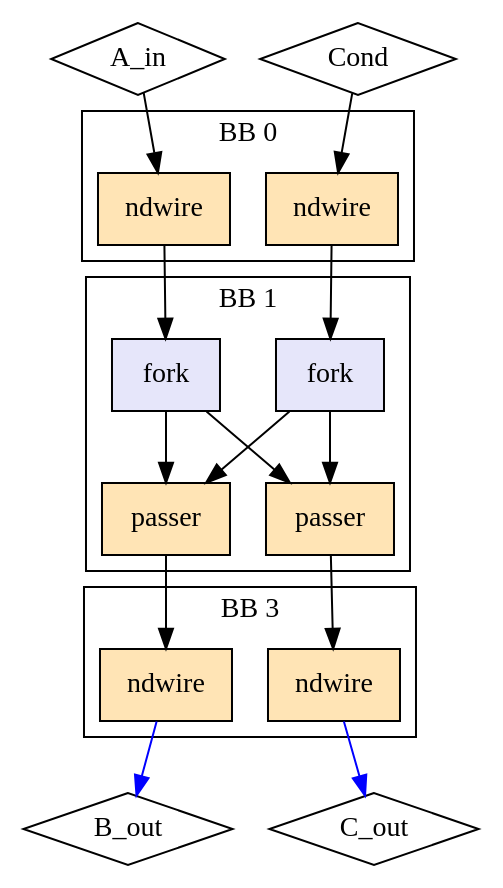
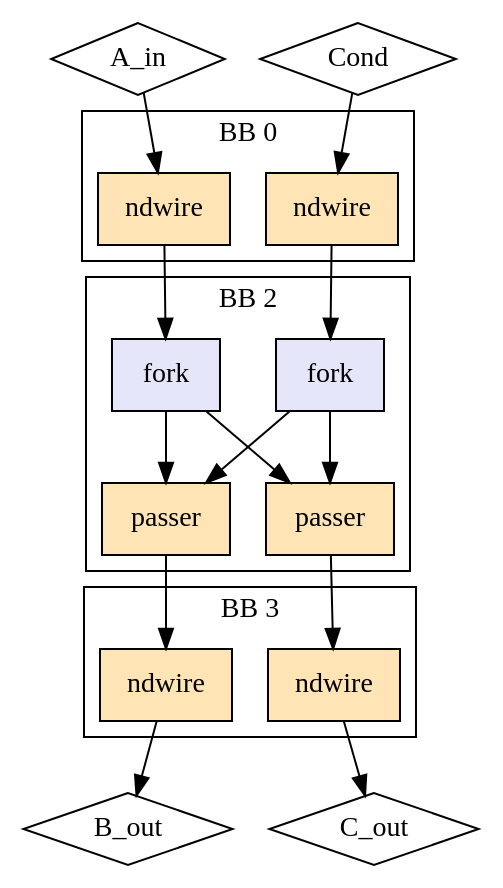
One commit to EPFL-LAP/dynamatic changed the diagram in experimental/tools/elastic-miter/out/sup_fork/rhs_reachability/model.dot. Above: the diagram before and after it, drawn with Graphviz. The commit also changed 454 other files, not shown here.

```diff
--- a/experimental/tools/elastic-miter/out/sup_fork/rhs_reachability/model.dot
+++ b/experimental/tools/elastic-miter/out/sup_fork/rhs_reachability/model.dot
@@ -1,37 +1,37 @@
 Digraph G {
   splines=spline
   compound=true
   "A_in" ["style"="solid", "shape"="diamond", "label"="A_in", "mlir_op"="handshake.func"]
   "Cond" ["style"="solid", "shape"="diamond", "label"="Cond", "mlir_op"="handshake.func"]
   "B_out" ["style"="solid", "shape"="diamond", "label"="B_out", "mlir_op"="handshake.func"]
   "C_out" ["style"="solid", "shape"="diamond", "label"="C_out", "mlir_op"="handshake.func"]
   "A_in" -> "ndw_in_A_in" ["dir"="both", "style"="solid", "arrowhead"="normal", "from_idx"="0", "to"="ins", "arrowtail"="none", "from"="A_in", "to_idx"="0"]
   "Cond" -> "ndw_in_Cond" ["dir"="both", "style"="solid", "arrowhead"="normal", "from_idx"="1", "to"="ins", "arrowtail"="none", "from"="Cond", "to_idx"="0"]
   "ndw_in_A_in" -> "fork" ["dir"="both", "style"="solid", "arrowhead"="normal", "from_idx"="0", "to"="ins", "arrowtail"="none", "from"="outs", "to_idx"="0"]
   "ndw_in_Cond" -> "fork_cond" ["dir"="both", "style"="solid", "arrowhead"="normal", "from_idx"="0", "to"="ins", "arrowtail"="none", "from"="outs", "to_idx"="0"]
-  "ndw_out_B_out" -> "B_out" ["dir"="both", "style"="solid", "arrowhead"="normal", "from_idx"="0", "color"="blue", "to"="B_out", "arrowtail"="none", "from"="outs", "to_idx"="0"]
-  "ndw_out_C_out" -> "C_out" ["dir"="both", "style"="solid", "arrowhead"="normal", "from_idx"="0", "color"="blue", "to"="C_out", "arrowtail"="none", "from"="outs", "to_idx"="1"]
+  "ndw_out_B_out" -> "B_out" ["dir"="both", "style"="solid", "arrowhead"="normal", "from_idx"="0", "to"="B_out", "arrowtail"="none", "from"="outs", "to_idx"="0"]
+  "ndw_out_C_out" -> "C_out" ["dir"="both", "style"="solid", "arrowhead"="normal", "from_idx"="0", "to"="C_out", "arrowtail"="none", "from"="outs", "to_idx"="1"]
   "passer1" -> "ndw_out_B_out" ["dir"="both", "style"="solid", "arrowhead"="normal", "from_idx"="0", "to"="ins", "arrowtail"="none", "from"="result", "to_idx"="0"]
   "passer2" -> "ndw_out_C_out" ["dir"="both", "style"="solid", "arrowhead"="normal", "from_idx"="0", "to"="ins", "arrowtail"="none", "from"="result", "to_idx"="0"]
   subgraph cluster0 {
     graph ["label"="BB 0"]
     "ndw_in_A_in" ["style"="filled", "fillcolor"="moccasin", "shape"="box", "label"="ndwire", "mlir_op"="handshake.ndwire"]
     "ndw_in_Cond" ["style"="filled", "fillcolor"="moccasin", "shape"="box", "label"="ndwire", "mlir_op"="handshake.ndwire"]
   }
   subgraph cluster3 {
     graph ["label"="BB 3"]
     "ndw_out_B_out" ["style"="filled", "fillcolor"="moccasin", "shape"="box", "label"="ndwire", "mlir_op"="handshake.ndwire"]
     "ndw_out_C_out" ["style"="filled", "fillcolor"="moccasin", "shape"="box", "label"="ndwire", "mlir_op"="handshake.ndwire"]
   }
-  subgraph cluster1 {
-    graph ["label"="BB 1"]
+  subgraph cluster2 {
+    graph ["label"="BB 2"]
     "fork" ["style"="filled", "fillcolor"="lavender", "shape"="box", "label"="fork", "mlir_op"="handshake.fork"]
     "fork_cond" ["style"="filled", "fillcolor"="lavender", "shape"="box", "label"="fork", "mlir_op"="handshake.fork"]
     "passer1" ["style"="filled", "fillcolor"="moccasin", "shape"="box", "label"="passer", "mlir_op"="handshake.passer"]
     "passer2" ["style"="filled", "fillcolor"="moccasin", "shape"="box", "label"="passer", "mlir_op"="handshake.passer"]
     "fork" -> "passer1" ["dir"="both", "style"="solid", "arrowhead"="normal", "from_idx"="0", "to"="data", "arrowtail"="none", "from"="outs_0", "to_idx"="0"]
     "fork" -> "passer2" ["dir"="both", "style"="solid", "arrowhead"="normal", "from_idx"="1", "to"="data", "arrowtail"="none", "from"="outs_1", "to_idx"="0"]
     "fork_cond" -> "passer1" ["dir"="both", "style"="solid", "arrowhead"="normal", "from_idx"="0", "to"="ctrl", "arrowtail"="none", "from"="outs_0", "to_idx"="1"]
     "fork_cond" -> "passer2" ["dir"="both", "style"="solid", "arrowhead"="normal", "from_idx"="1", "to"="ctrl", "arrowtail"="none", "from"="outs_1", "to_idx"="1"]
   }
 }
```
